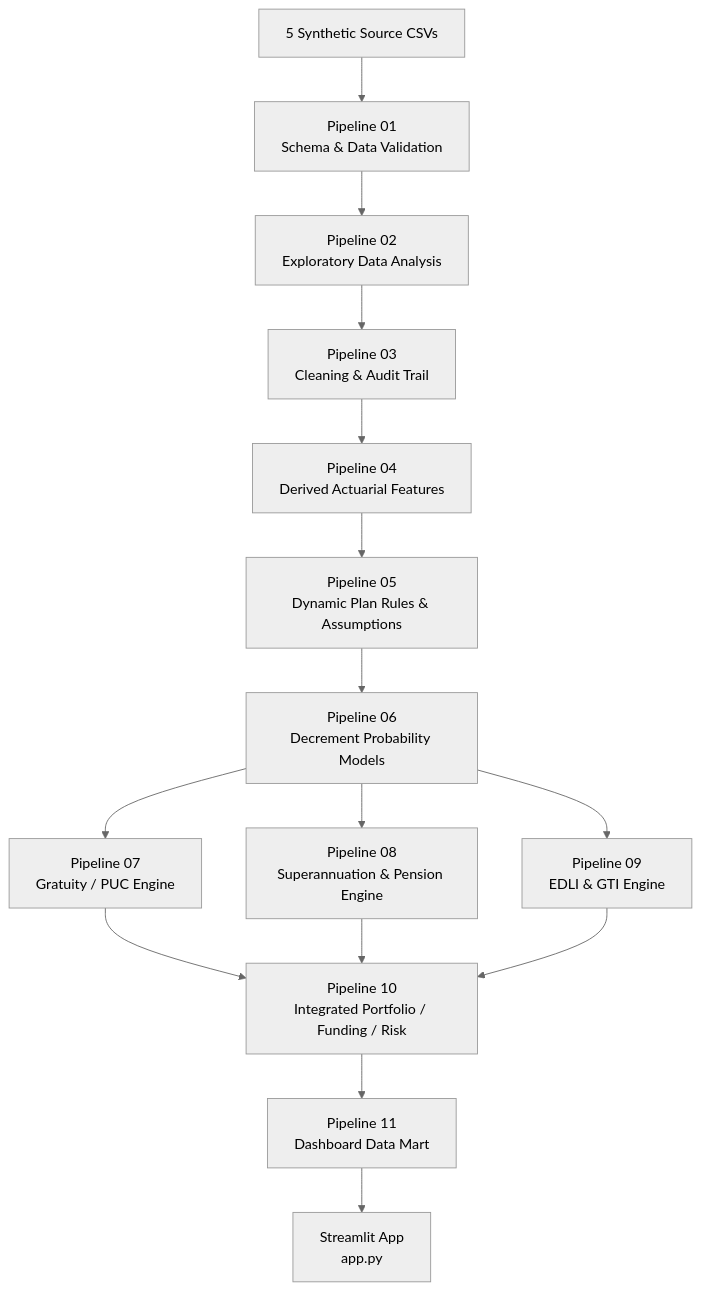
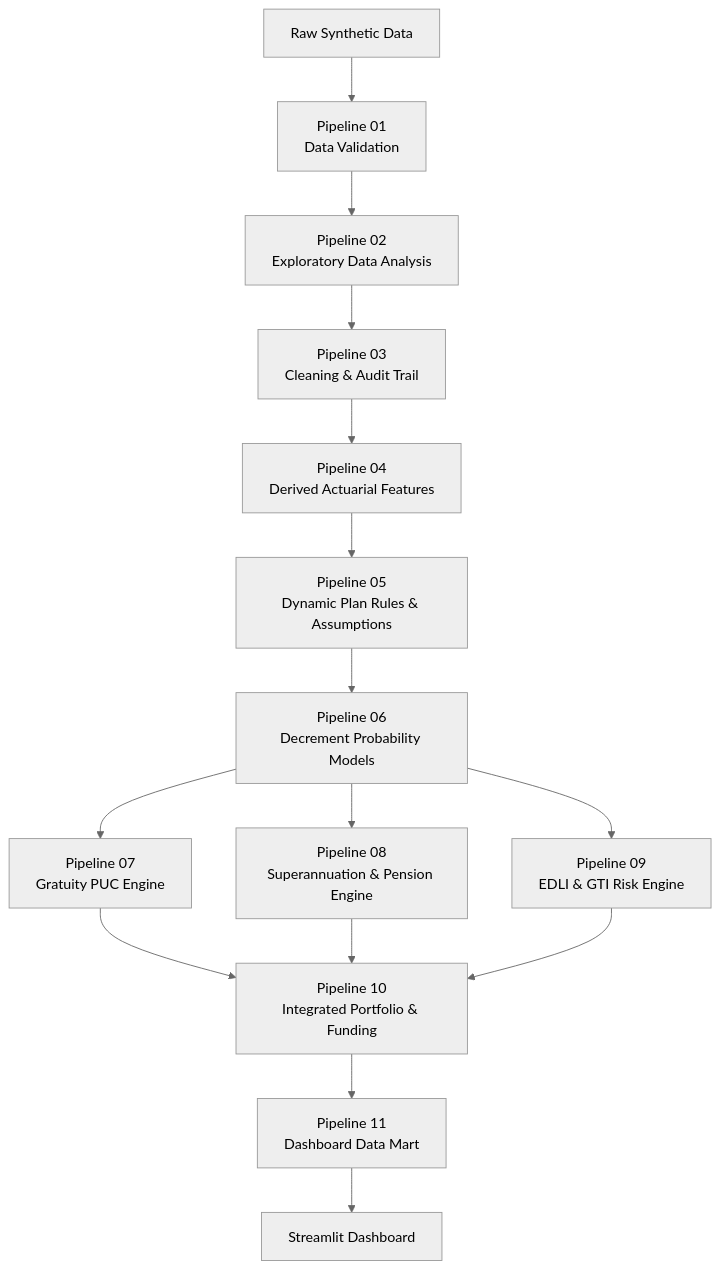
The diagram in README.md (MangeshTheMathematician/quantitative-actuarial-employee-benefits-dashboard), drawn with Mermaid (neutral theme) before and after one commit. The commit also changed other lines of this file, not shown here.

````diff
--- a/README.md
+++ b/README.md
@@ -75,20 +91,21 @@
 ```mermaid
 flowchart TD
-    A[5 Synthetic Source CSVs] --> P01[Pipeline 01\nSchema & Data Validation]
-    P01 --> P02[Pipeline 02\nExploratory Data Analysis]
-    P02 --> P03[Pipeline 03\nCleaning & Audit Trail]
-    P03 --> P04[Pipeline 04\nDerived Actuarial Features]
-    P04 --> P05[Pipeline 05\nDynamic Plan Rules & Assumptions]
-    P05 --> P06[Pipeline 06\nDecrement Probability Models]
 
-    P06 --> P07[Pipeline 07\nGratuity / PUC Engine]
-    P06 --> P08[Pipeline 08\nSuperannuation & Pension Engine]
-    P06 --> P09[Pipeline 09\nEDLI & GTI Engine]
+    A[Raw Synthetic Data] --> B[Pipeline 01<br/>Data Validation]
+    B --> C[Pipeline 02<br/>Exploratory Data Analysis]
+    C --> D[Pipeline 03<br/>Cleaning & Audit Trail]
+    D --> E[Pipeline 04<br/>Derived Actuarial Features]
+    E --> F[Pipeline 05<br/>Dynamic Plan Rules & Assumptions]
+    F --> G[Pipeline 06<br/>Decrement Probability Models]
 
-    P07 --> P10[Pipeline 10\nIntegrated Portfolio / Funding / Risk]
-    P08 --> P10
-    P09 --> P10
+    G --> H[Pipeline 07<br/>Gratuity PUC Engine]
+    G --> I[Pipeline 08<br/>Superannuation & Pension Engine]
+    G --> J[Pipeline 09<br/>EDLI & GTI Risk Engine]
 
-    P10 --> P11[Pipeline 11\nDashboard Data Mart]
-    P11 --> APP[Streamlit App\napp.py]
+    H --> K[Pipeline 10<br/>Integrated Portfolio & Funding]
+    I --> K
+    J --> K
+
+    K --> L[Pipeline 11<br/>Dashboard Data Mart]
+    L --> M[Streamlit Dashboard]
 ```
````
